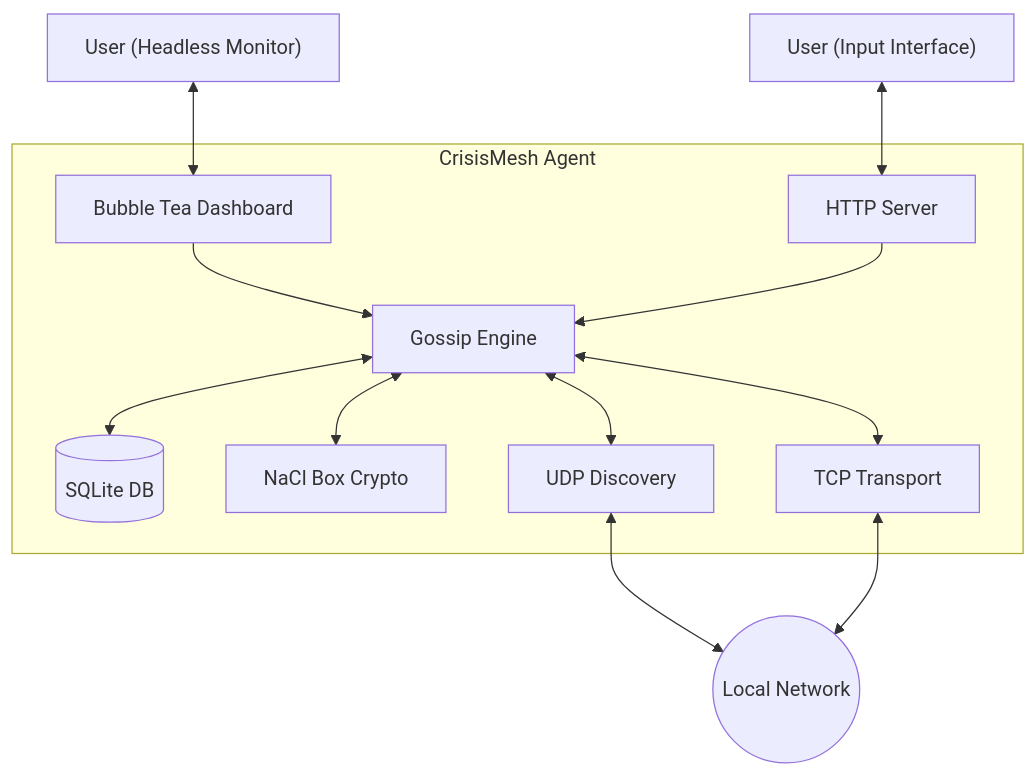
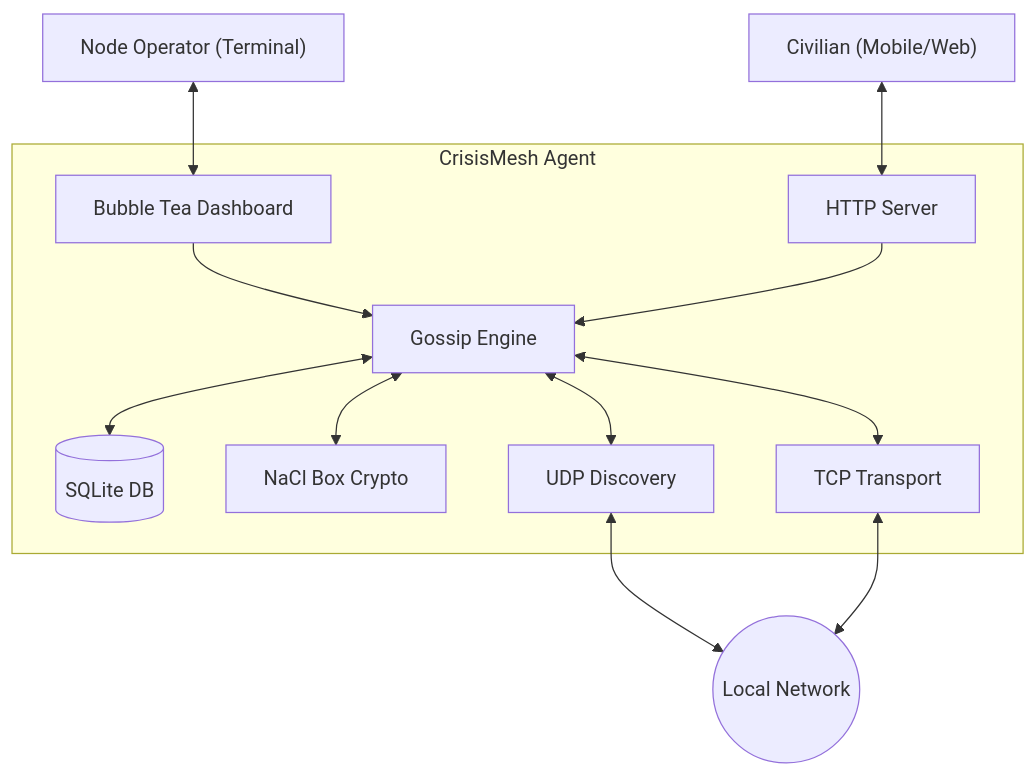
One commit to bit2swaz/crisismesh changed the diagram in PRD_v0.1.1.md. Above: the diagram before and after it, drawn with Mermaid. The commit also changed other lines of this file and 6 other files, not shown here.

````diff
--- a/PRD_v0.1.1.md
+++ b/PRD_v0.1.1.md
@@ -45,19 +46,19 @@
 ```mermaid
 graph TD
-    UserTUI["User (Headless Monitor)"] <--> TUI["Bubble Tea Dashboard"]
-    UserWeb["User (Input Interface)"] <--> Web["HTTP Server"]
+    UserTUI["Node Operator (Terminal)"] <--> TUI["Bubble Tea Dashboard"]
+    UserWeb["Civilian (Mobile/Web)"] <--> Web["HTTP Server"]
     
     subgraph "CrisisMesh Agent"
         TUI --> Engine
         Web --> Engine
         
         Engine["Gossip Engine"] <--> Store[("SQLite DB")]
         Engine <--> Crypto["NaCl Box Crypto"]
         
         Engine <--> Discovery["UDP Discovery"]
         Engine <--> Transport["TCP Transport"]
     end
 
     Discovery <--> LAN(("Local Network"))
     Transport <--> LAN
 ```
````
